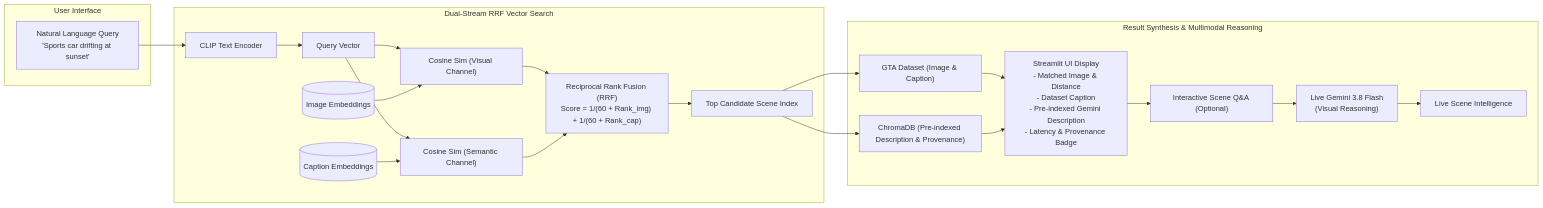
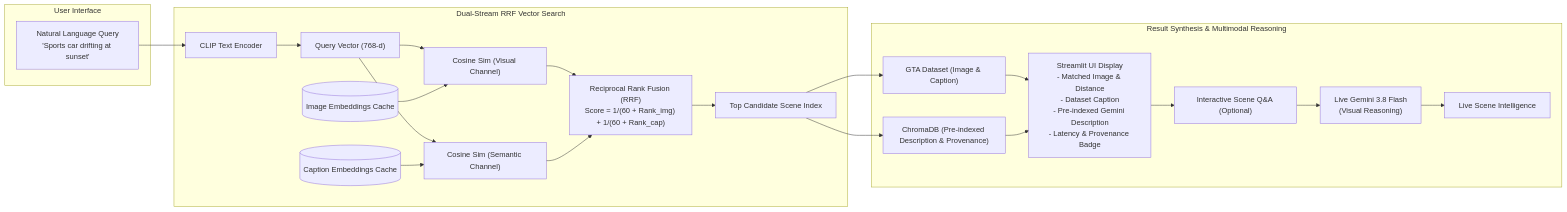
The second of 2 diagrams in README.md (henryhyunwookim/GrandTheftAuto-multimodal-RAG-application), drawn with Mermaid before and after one commit. The commit also changed other lines of this file and 5 other files, not shown here.

First line of the commit message:
refactor: centralize RAG engine, update architecture documentation, and enhance git hygiene

````diff
--- a/README.md
+++ b/README.md
@@ -50,34 +59,36 @@
 ```mermaid
 flowchart LR
     subgraph USER_INPUT["User Interface"]
         QUERY["Natural Language Query<br/>'Sports car drifting at sunset'"]
     end
 
     subgraph VECTOR_RETRIEVAL["Dual-Stream RRF Vector Search"]
         CLIP_Q["CLIP Text Encoder"]
         QUERY --> CLIP_Q
-        CLIP_Q --> V_Q["Query Vector"]
+        CLIP_Q --> V_Q["Query Vector (768-d)"]
 
-        CACHE_I[("Image Embeddings")]
-        CACHE_C[("Caption Embeddings")]
+        CACHE_I[("Image Embeddings Cache")]
+        CACHE_C[("Caption Embeddings Cache")]
 
         V_Q --> SIM_I["Cosine Sim (Visual Channel)"]
         CACHE_I --> SIM_I
 
         V_Q --> SIM_C["Cosine Sim (Semantic Channel)"]
         CACHE_C --> SIM_C
 
-        SIM_I & SIM_C --> RRF["Reciprocal Rank Fusion (RRF)<br/>Score = 1/(60 + Rank_img) + 1/(60 + Rank_cap)"]
+        SIM_I --> RRF["Reciprocal Rank Fusion (RRF)<br/>Score = 1/(60 + Rank_img) + 1/(60 + Rank_cap)"]
+        SIM_C --> RRF
         RRF --> TOP["Top Candidate Scene Index"]
     end
 
     subgraph PRESENTATION["Result Synthesis & Multimodal Reasoning"]
         TOP --> FETCH_IMG["GTA Dataset (Image & Caption)"]
         TOP --> FETCH_DESC["ChromaDB (Pre-indexed Description & Provenance)"]
-        FETCH_IMG & FETCH_DESC --> UI["Streamlit UI Display<br/>- Matched Image & Distance<br/>- Dataset Caption<br/>- Pre-indexed Gemini Description<br/>- Latency & Provenance Badge"]
+        FETCH_IMG --> UI["Streamlit UI Display<br/>- Matched Image & Distance<br/>- Dataset Caption<br/>- Pre-indexed Gemini Description<br/>- Latency & Provenance Badge"]
+        FETCH_DESC --> UI
 
         UI --> DEEP_DIVE["Interactive Scene Q&A (Optional)"]
         DEEP_DIVE --> LIVE_GEMINI["Live Gemini 3.8 Flash<br/>(Visual Reasoning)"]
         LIVE_GEMINI --> INSIGHTS["Live Scene Intelligence"]
     end
 ```
````
